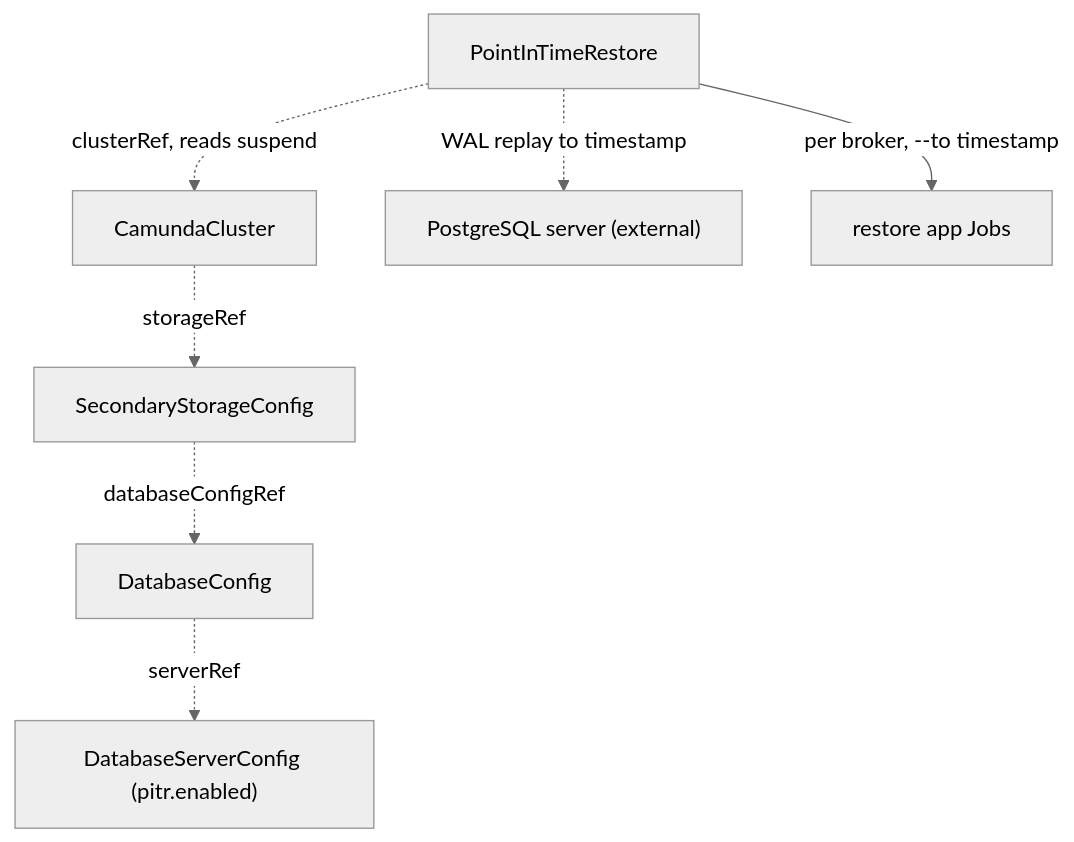
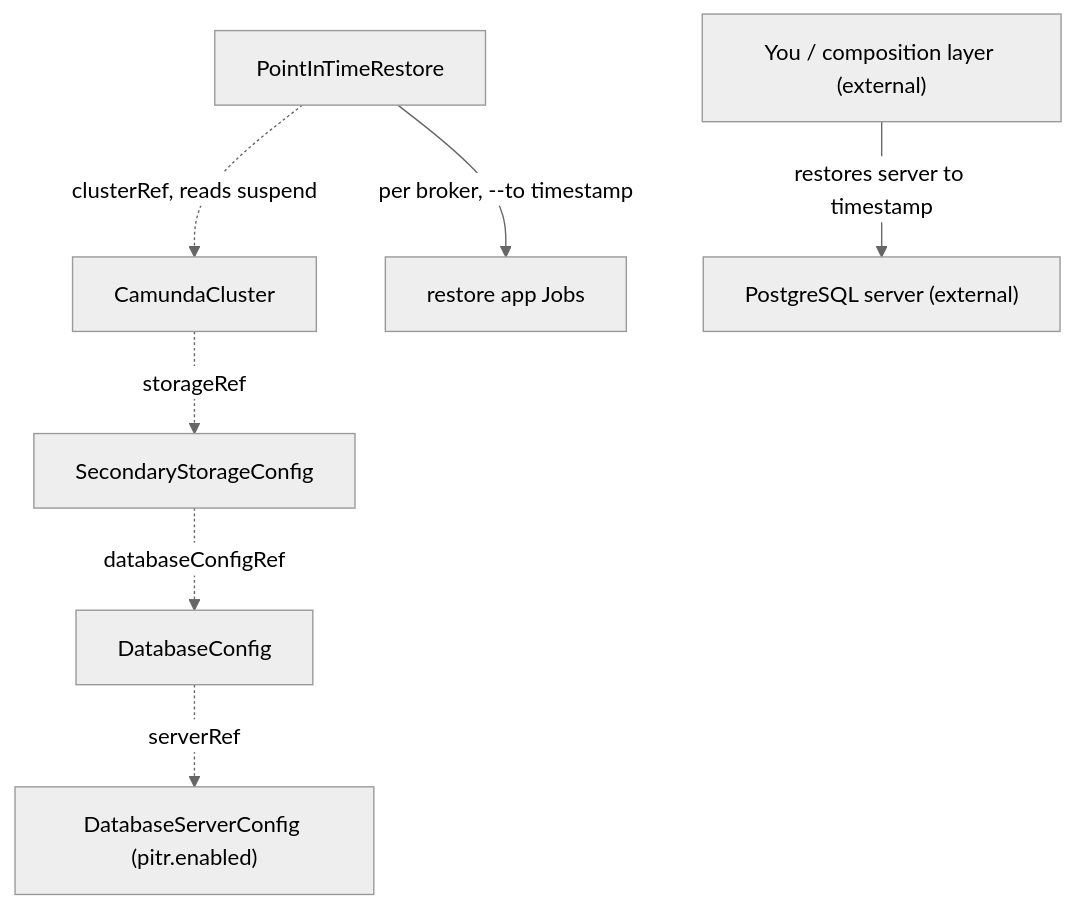
One commit to konsole-is/camunda-operator changed the diagram in docs/crds/pointintimerestore.md. Above: the diagram before and after it, drawn with Mermaid (neutral theme). The commit also changed other lines of this file and 2 other files, not shown here.

First line of the commit message:
docs: rewrite PointInTimeRestore to the external-restore contract (#1)

````diff
--- a/docs/crds/pointintimerestore.md
+++ b/docs/crds/pointintimerestore.md
@@ -24,9 +31,9 @@
 ```mermaid
 graph TD
     PITR[PointInTimeRestore] -.->|clusterRef, reads suspend| CC[CamundaCluster]
     CC -.->|storageRef| SSC[SecondaryStorageConfig]
     SSC -.->|databaseConfigRef| DBC[DatabaseConfig]
     DBC -.->|serverRef| DBS["DatabaseServerConfig (pitr.enabled)"]
-    PITR -.->|"WAL replay to timestamp"| PG["PostgreSQL server (external)"]
+    EXT["You / composition layer (external)"] -->|"restores server to timestamp"| PG["PostgreSQL server (external)"]
     PITR -->|per broker, --to timestamp| RJ[restore app Jobs]
 ```
````
